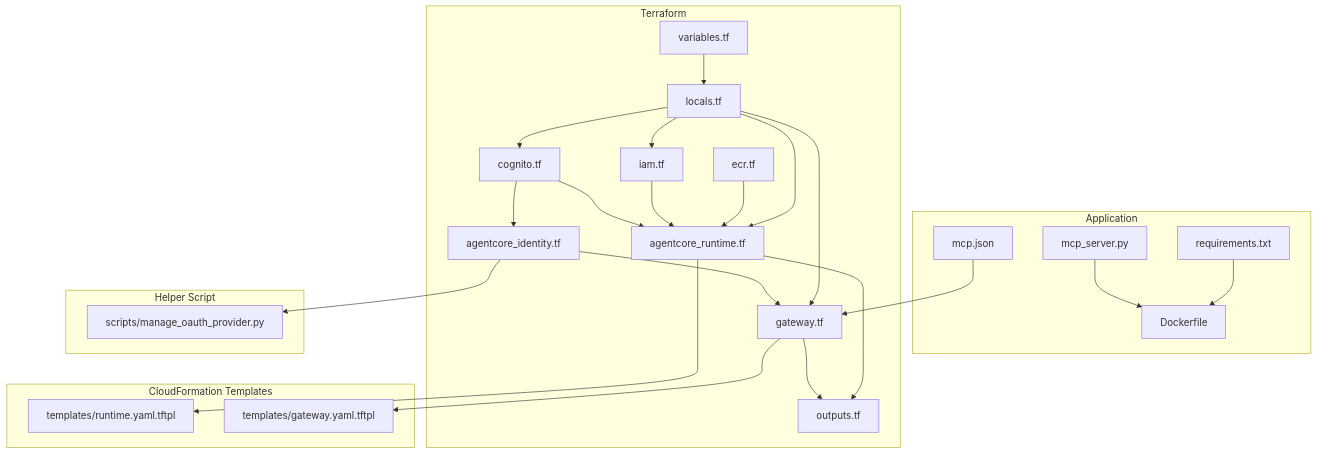
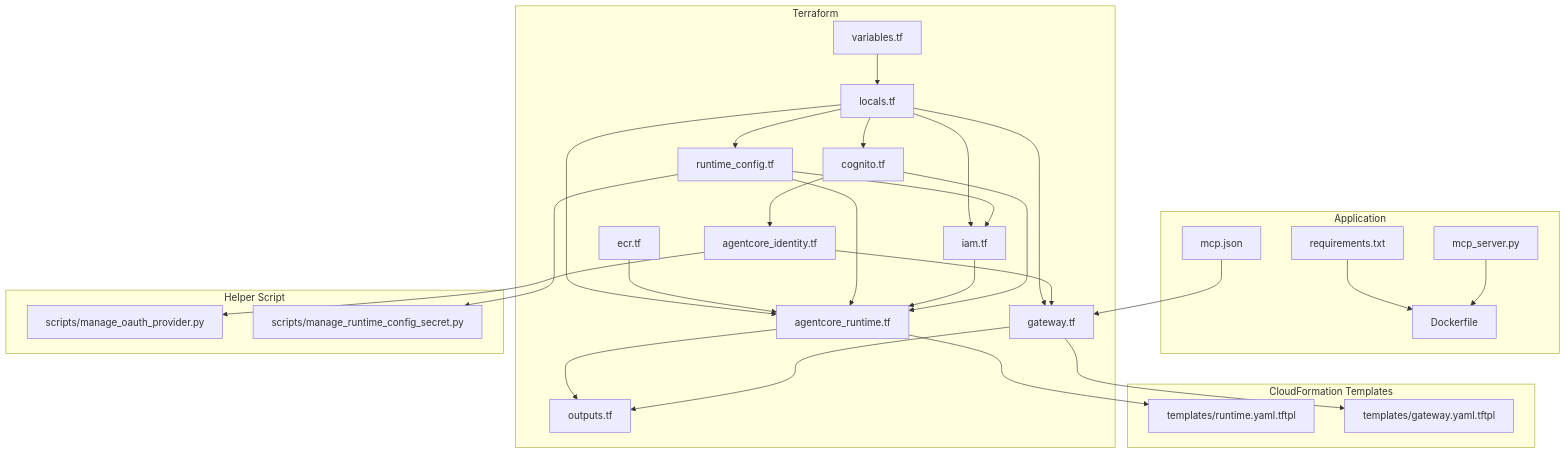
Before and after one commit to matthewTechCom/devops_agent: the second of 2 diagrams in docs/project-structure.md, drawn with Mermaid. The commit also changed other lines of this file and 9 other files, not shown here.

````diff
--- a/docs/project-structure.md
+++ b/docs/project-structure.md
@@ -109,49 +121,55 @@
 ```mermaid
 flowchart TB
   subgraph App["Application"]
     MCP["mcp_server.py"]
     REQ["requirements.txt"]
     DOC["mcp.json"]
     DOCKER["Dockerfile"]
   end
 
   subgraph TF["Terraform"]
     VAR["variables.tf"]
     LOCALS["locals.tf"]
     IAM["iam.tf"]
     ECRTF["ecr.tf"]
     COG["cognito.tf"]
     IDTF["agentcore_identity.tf"]
+    RCONF["runtime_config.tf"]
     RUNTIME["agentcore_runtime.tf"]
     GATEWAY["gateway.tf"]
     OUT["outputs.tf"]
   end
 
   subgraph Templates["CloudFormation Templates"]
     RTPL["templates/runtime.yaml.tftpl"]
     GTPL["templates/gateway.yaml.tftpl"]
   end
 
   subgraph Scripts["Helper Script"]
-    SCRIPT["scripts/manage_oauth_provider.py"]
+    OAUTHSCRIPT["scripts/manage_oauth_provider.py"]
+    SECRETSCRIPT["scripts/manage_runtime_config_secret.py"]
   end
 
   REQ --> DOCKER
   MCP --> DOCKER
   VAR --> LOCALS
   LOCALS --> IAM
   LOCALS --> COG
+  LOCALS --> RCONF
   LOCALS --> RUNTIME
   LOCALS --> GATEWAY
   ECRTF --> RUNTIME
+  RCONF --> IAM
+  RCONF --> RUNTIME
+  RCONF --> SECRETSCRIPT
   IAM --> RUNTIME
   COG --> RUNTIME
   COG --> IDTF
-  IDTF --> SCRIPT
+  IDTF --> OAUTHSCRIPT
   RUNTIME --> RTPL
   GATEWAY --> GTPL
   IDTF --> GATEWAY
   RUNTIME --> OUT
   GATEWAY --> OUT
   DOC --> GATEWAY
 ```
````
